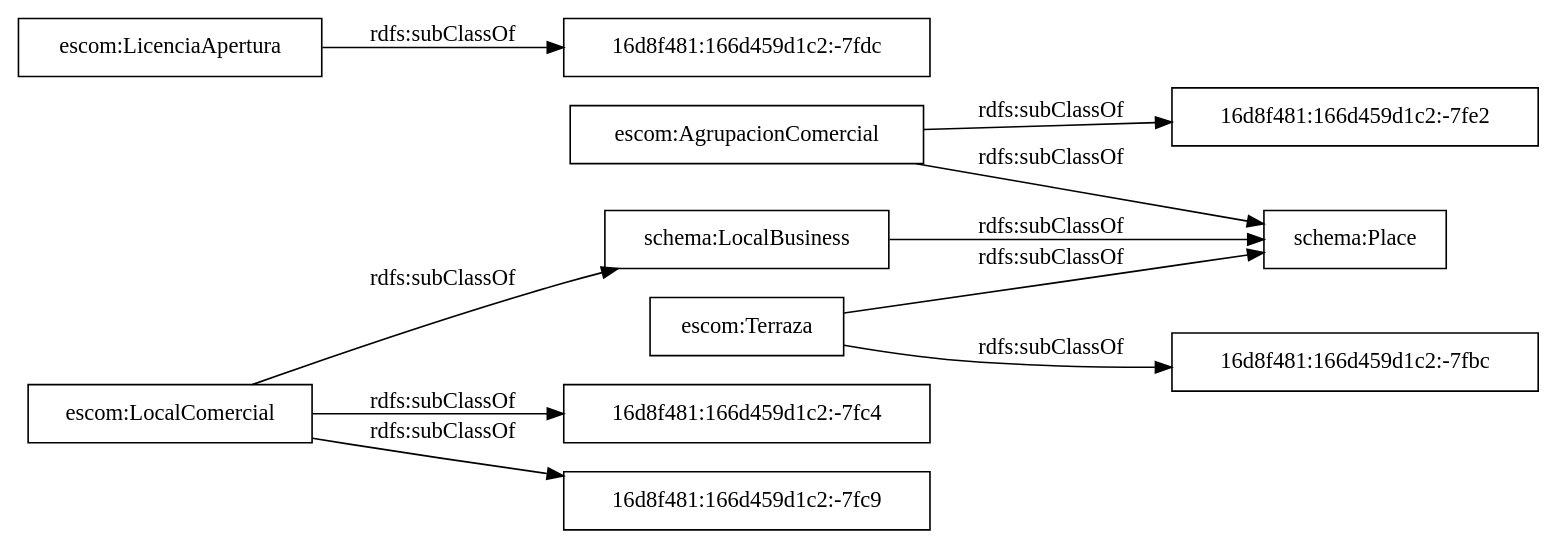
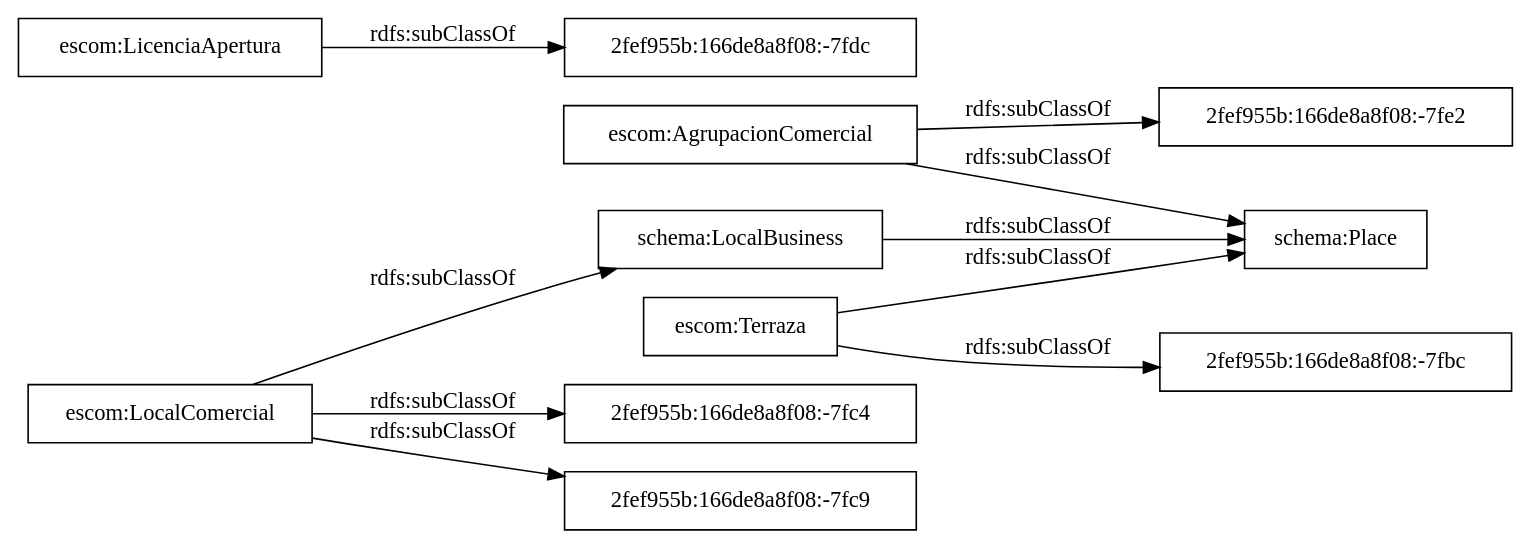
One commit to OnToologyUser/comercio-censo-locales changed the diagram in OnToology/ontology/tejido-comercial.owl/diagrams/ar2dtool-taxonomy/tejido-comercial.owl.png.dot. Above: the diagram before and after it, drawn with Graphviz. The commit also changed 15 other files, not shown here.

```diff
--- a/OnToology/ontology/tejido-comercial.owl/diagrams/ar2dtool-taxonomy/tejido-comercial.owl.png.dot
+++ b/OnToology/ontology/tejido-comercial.owl/diagrams/ar2dtool-taxonomy/tejido-comercial.owl.png.dot
@@ -1,15 +1,15 @@
 digraph ar2dtool_diagram { 
 rankdir=LR;
 size="1000"
-node [shape = rectangle, color="black"]; "escom:Terraza" "16d8f481:166d459d1c2:-7fbc" "16d8f481:166d459d1c2:-7fe2" "escom:LicenciaApertura" "16d8f481:166d459d1c2:-7fc4" "escom:AgrupacionComercial" "16d8f481:166d459d1c2:-7fdc" "16d8f481:166d459d1c2:-7fc9" "schema:LocalBusiness" "escom:LocalComercial" "schema:Place" ; /*classes style*/
-	"escom:AgrupacionComercial" -> "16d8f481:166d459d1c2:-7fe2" [ label = "rdfs:subClassOf" ];
+node [shape = rectangle, color="black"]; "escom:Terraza" "2fef955b:166de8a8f08:-7fdc" "escom:LicenciaApertura" "escom:AgrupacionComercial" "2fef955b:166de8a8f08:-7fc4" "2fef955b:166de8a8f08:-7fc9" "schema:LocalBusiness" "escom:LocalComercial" "2fef955b:166de8a8f08:-7fbc" "schema:Place" "2fef955b:166de8a8f08:-7fe2" ; /*classes style*/
 	"escom:AgrupacionComercial" -> "schema:Place" [ label = "rdfs:subClassOf" ];
-	"escom:LocalComercial" -> "16d8f481:166d459d1c2:-7fc4" [ label = "rdfs:subClassOf" ];
+	"escom:AgrupacionComercial" -> "2fef955b:166de8a8f08:-7fe2" [ label = "rdfs:subClassOf" ];
+	"escom:LocalComercial" -> "2fef955b:166de8a8f08:-7fc9" [ label = "rdfs:subClassOf" ];
+	"escom:LocalComercial" -> "2fef955b:166de8a8f08:-7fc4" [ label = "rdfs:subClassOf" ];
 	"escom:LocalComercial" -> "schema:LocalBusiness" [ label = "rdfs:subClassOf" ];
-	"escom:LocalComercial" -> "16d8f481:166d459d1c2:-7fc9" [ label = "rdfs:subClassOf" ];
-	"escom:Terraza" -> "16d8f481:166d459d1c2:-7fbc" [ label = "rdfs:subClassOf" ];
 	"escom:Terraza" -> "schema:Place" [ label = "rdfs:subClassOf" ];
-	"escom:LicenciaApertura" -> "16d8f481:166d459d1c2:-7fdc" [ label = "rdfs:subClassOf" ];
+	"escom:Terraza" -> "2fef955b:166de8a8f08:-7fbc" [ label = "rdfs:subClassOf" ];
+	"escom:LicenciaApertura" -> "2fef955b:166de8a8f08:-7fdc" [ label = "rdfs:subClassOf" ];
 	"schema:LocalBusiness" -> "schema:Place" [ label = "rdfs:subClassOf" ];
 
 }
```
